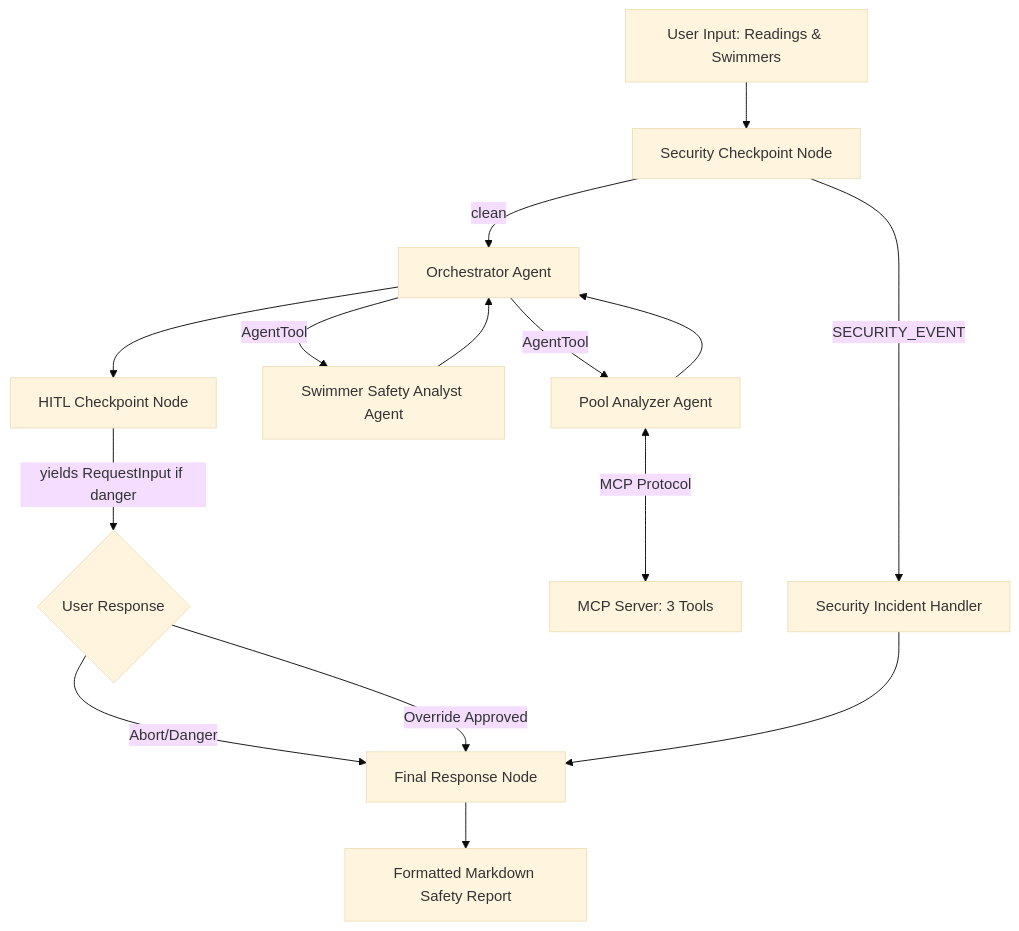
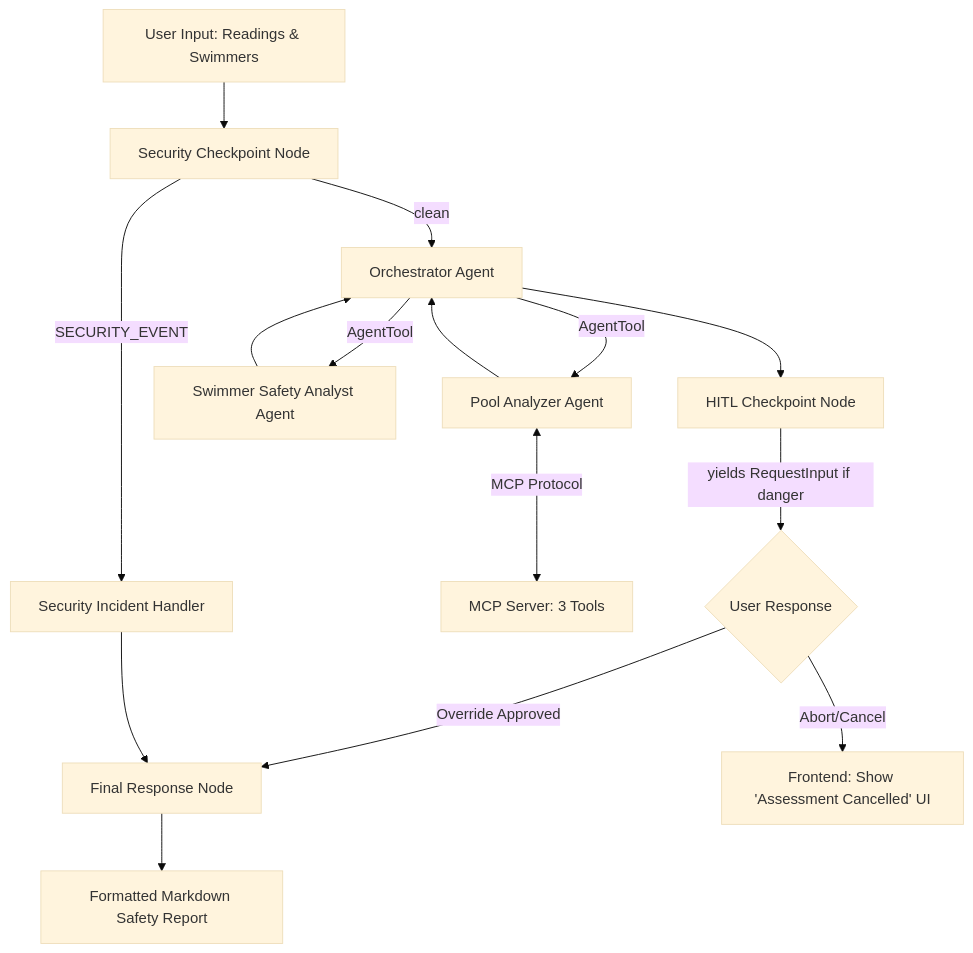
Before and after one commit to sowmyaguda/SwimsafeAI: the diagram in README.md, drawn with Mermaid (base theme).

Commit message:
Update Mermaid diagram to show frontend handling for Abort/Cancel path

````diff
--- a/README.md
+++ b/README.md
@@ -51,23 +51,23 @@
 ```mermaid
 graph TD
     START[User Input: Readings & Swimmers] --> SecCheck[Security Checkpoint Node]
     SecCheck -- SECURITY_EVENT --> SecHandler[Security Incident Handler]
     SecCheck -- clean --> Orch[Orchestrator Agent]
     
     Orch -->|AgentTool| PoolAna[Pool Analyzer Agent]
     Orch -->|AgentTool| SwimAna[Swimmer Safety Analyst Agent]
     
     PoolAna <-->|MCP Protocol| MCPServer[MCP Server: 3 Tools]
     
     PoolAna --> Orch
     SwimAna --> Orch
     
     Orch --> HITL[HITL Checkpoint Node]
     HITL -->|yields RequestInput if danger| UserConfirm{User Response}
-    UserConfirm -->|Abort/Danger| FinalNode[Final Response Node]
-    UserConfirm -->|Override Approved| FinalNode
+    UserConfirm -->|Override Approved| FinalNode[Final Response Node]
+    UserConfirm -->|Abort/Cancel| CancelUI[Frontend: Show 'Assessment Cancelled' UI]
     
     SecHandler --> FinalNode
     
     FinalNode --> Output[Formatted Markdown Safety Report]
 ```
````
